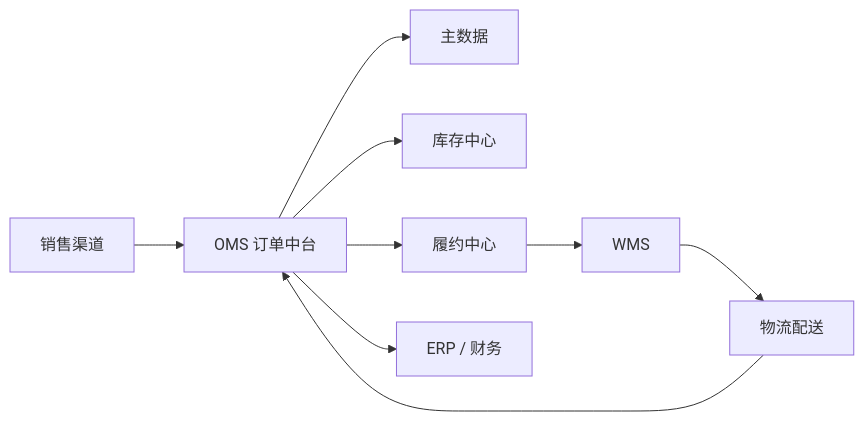
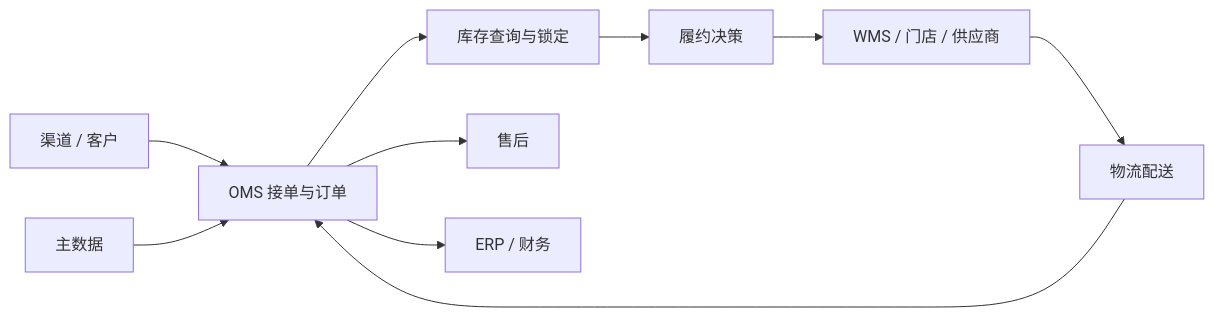
Before and after one commit to Asteroid-lin/my-blog: the diagram in src/business-system/supply-chain/oms/README.md, drawn with Mermaid. The commit also changed other lines of this file and 14 other files, not shown here.

````diff
--- a/src/business-system/supply-chain/oms/README.md
+++ b/src/business-system/supply-chain/oms/README.md
@@ -7,11 +9,12 @@
 ```mermaid
 flowchart LR
-  C[销售渠道] --> O[OMS 订单中台]
-  O --> M[主数据]
-  O --> I[库存中心]
-  O --> F[履约中心]
-  F --> W[WMS]
+  C[渠道 / 客户] --> O[OMS 接单与订单]
+  M[主数据] --> O
+  O --> I[库存查询与锁定]
+  I --> F[履约决策]
+  F --> W[WMS / 门店 / 供应商]
+  W --> T[物流配送]
+  T --> O
+  O --> A[售后]
   O --> E[ERP / 财务]
-  W --> L[物流配送]
-  L --> O
 ```
````
